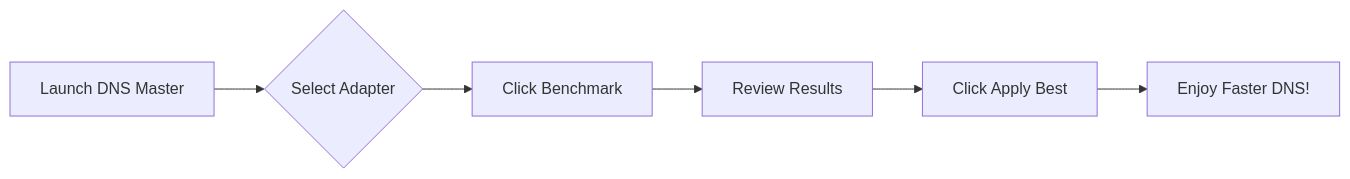
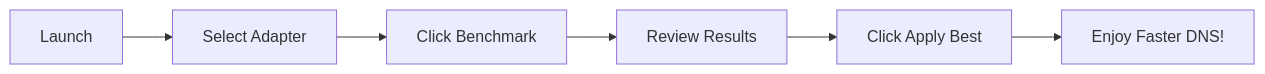
The first of 2 diagrams in README.md (alrzfrscn/Dns-Master), drawn with Mermaid before and after one commit. The commit also changed other lines of this file, not shown here.

````diff
--- a/README.md
+++ b/README.md
@@ -126,8 +71,8 @@
 ```mermaid
 flowchart LR
-    A[Launch DNS Master] --> B{Select Adapter}
+    A[Launch] --> B[Select Adapter]
     B --> C[Click Benchmark]
     C --> D[Review Results]
     D --> E[Click Apply Best]
     E --> F[Enjoy Faster DNS!]
 ```
````
